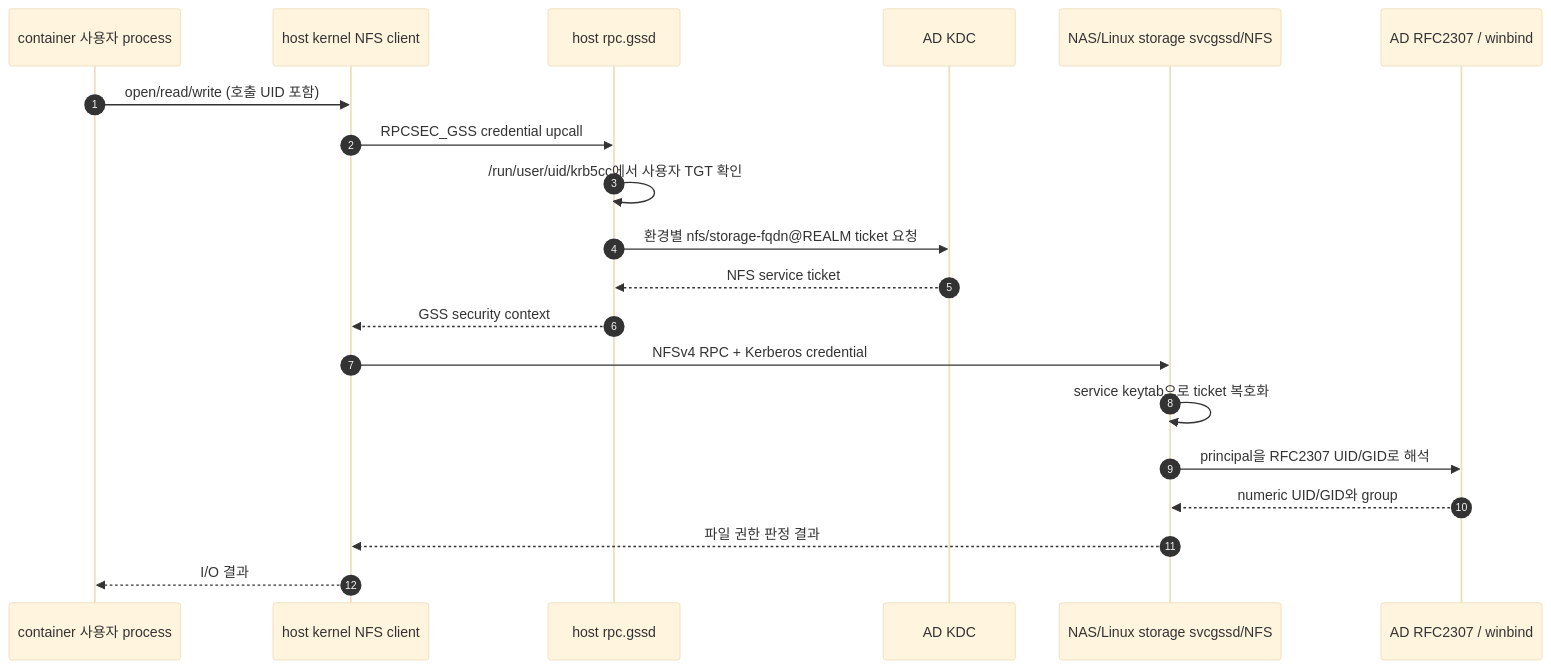
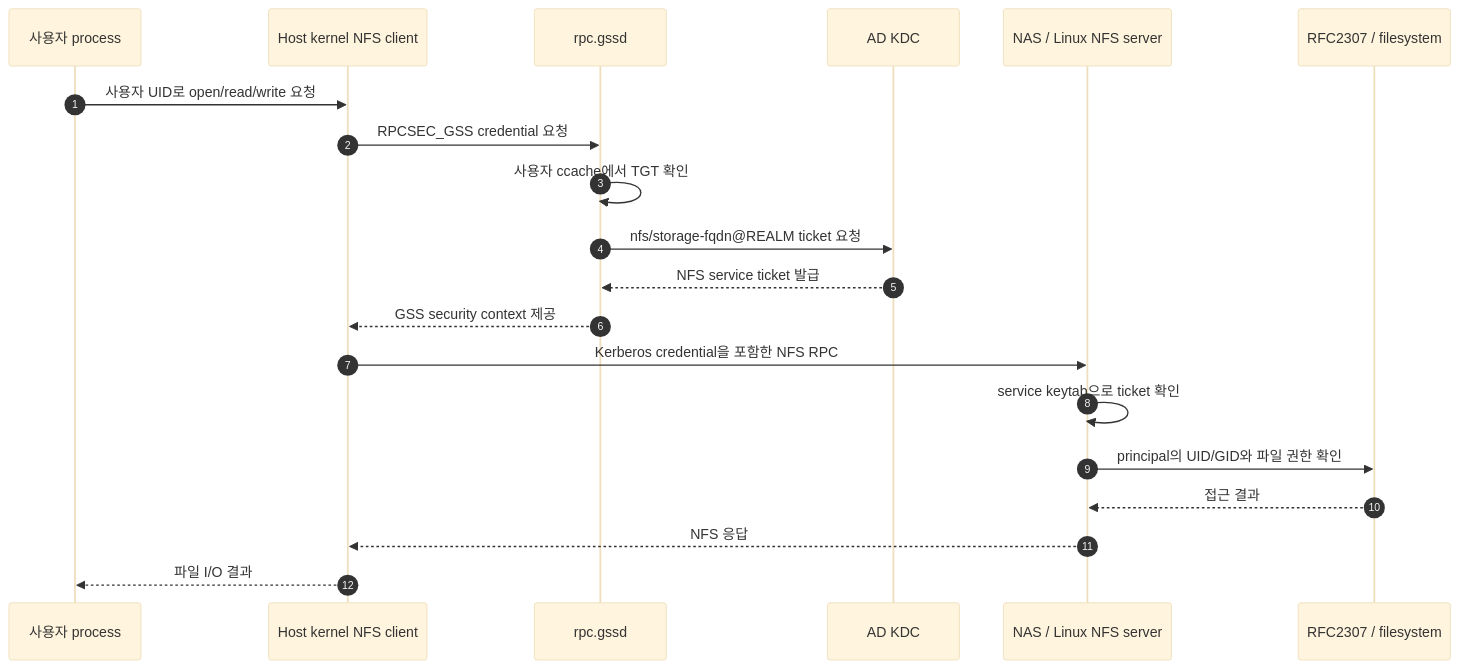
One commit to CSID-DGU/admin_wiki changed the diagram in md/system/kerberos-nfs/design.md. Above: the diagram before and after it, drawn with Mermaid (base theme). The commit also changed other lines of this file and 2 other files, not shown here.

Commit message:
docs: explain Kerberos NFS concepts and settings

````diff
--- a/md/system/kerberos-nfs/design.md
+++ b/md/system/kerberos-nfs/design.md
@@ -219,23 +52,23 @@
 ```mermaid
 sequenceDiagram
     autonumber
-    participant P as container 사용자 process
-    participant K as host kernel NFS client
-    participant G as host rpc.gssd
+    participant U as 사용자 process
+    participant K as Host kernel NFS client
+    participant G as rpc.gssd
     participant KDC as AD KDC
-    participant S as NAS/Linux storage svcgssd/NFS
-    participant ID as AD RFC2307 / winbind
+    participant NFS as NAS / Linux NFS server
+    participant ID as RFC2307 / filesystem
 
-    P->>K: open/read/write (호출 UID 포함)
-    K->>G: RPCSEC_GSS credential upcall
-    G->>G: /run/user/uid/krb5cc에서 사용자 TGT 확인
-    G->>KDC: 환경별 nfs/storage-fqdn@REALM ticket 요청
-    KDC-->>G: NFS service ticket
-    G-->>K: GSS security context
-    K->>S: NFSv4 RPC + Kerberos credential
-    S->>S: service keytab으로 ticket 복호화
-    S->>ID: principal을 RFC2307 UID/GID로 해석
-    ID-->>S: numeric UID/GID와 group
-    S-->>K: 파일 권한 판정 결과
-    K-->>P: I/O 결과
+    U->>K: 사용자 UID로 open/read/write 요청
+    K->>G: RPCSEC_GSS credential 요청
+    G->>G: 사용자 ccache에서 TGT 확인
+    G->>KDC: nfs/storage-fqdn@REALM ticket 요청
+    KDC-->>G: NFS service ticket 발급
+    G-->>K: GSS security context 제공
+    K->>NFS: Kerberos credential을 포함한 NFS RPC
+    NFS->>NFS: service keytab으로 ticket 확인
+    NFS->>ID: principal의 UID/GID와 파일 권한 확인
+    ID-->>NFS: 접근 결과
+    NFS-->>K: NFS 응답
+    K-->>U: 파일 I/O 결과
 ```
````
